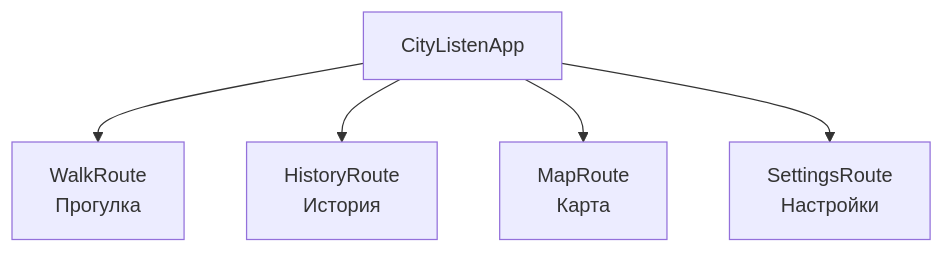
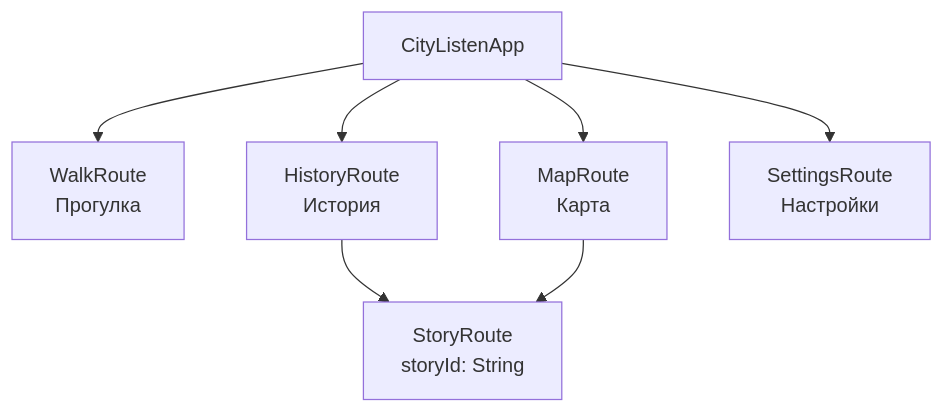
Before and after one commit to Loronelal/CityListen: the diagram in docs/17-navigation.md, drawn with Mermaid. The commit also changed 1 other file, not shown here.

Commit message:
docs: describe history and map screens

````diff
--- a/docs/17-navigation.md
+++ b/docs/17-navigation.md
@@ -3,7 +3,9 @@
 ```mermaid
 graph TD
     App[CityListenApp] --> Walk[WalkRoute<br/>Прогулка]
     App --> History[HistoryRoute<br/>История]
     App --> Map[MapRoute<br/>Карта]
     App --> Settings[SettingsRoute<br/>Настройки]
+    History --> Story[StoryRoute<br/>storyId: String]
+    Map --> Story
 ```
````
